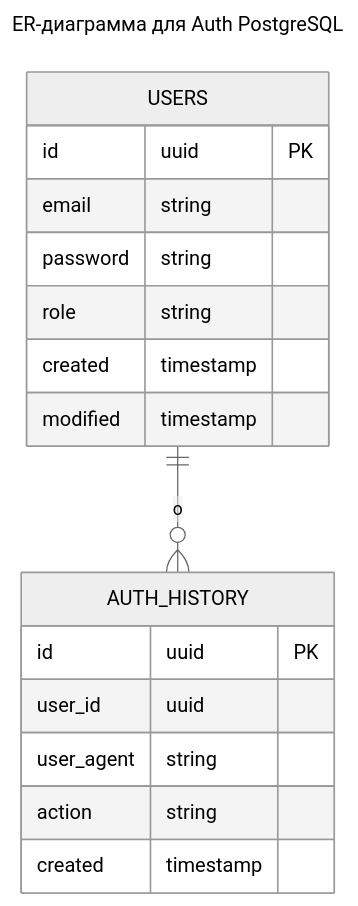
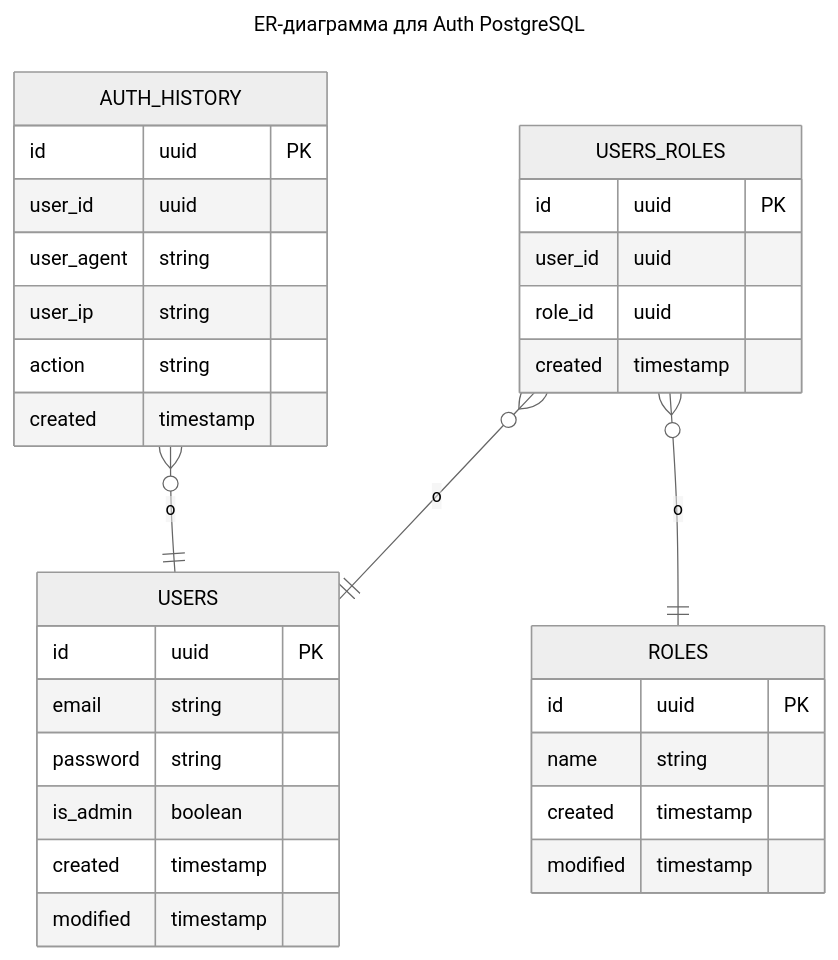
Before and after one commit to Dbl4/Auth_sprint_1: the diagram in documentation/auth-er-diagram.md, drawn with Mermaid (neutral theme).

Commit message:
Allow multiple roles for a user

````diff
--- a/documentation/auth-er-diagram.md
+++ b/documentation/auth-er-diagram.md
@@ -1,25 +1,42 @@
 ```mermaid
 ---
 title: ER-диаграмма для Auth PostgreSQL
 ---
 erDiagram
 
 USERS {
     id uuid PK
     email string
     password string
-    role string
+    is_admin boolean
     created timestamp
     modified timestamp
 }
 
 AUTH_HISTORY {
     id uuid PK
     user_id uuid
     user_agent string
+    user_ip string
     action string
     created timestamp
 }
 
-USERS ||--o{ AUTH_HISTORY: o
+ROLES {
+    id uuid PK
+    name string
+    created timestamp
+    modified timestamp
+}
+
+USERS_ROLES {
+    id uuid PK
+    user_id uuid
+    role_id uuid
+    created timestamp
+}
+
+AUTH_HISTORY }o--|| USERS: o
+USERS_ROLES }o--|| USERS: o
+USERS_ROLES }o--|| ROLES: o
 ```
````
